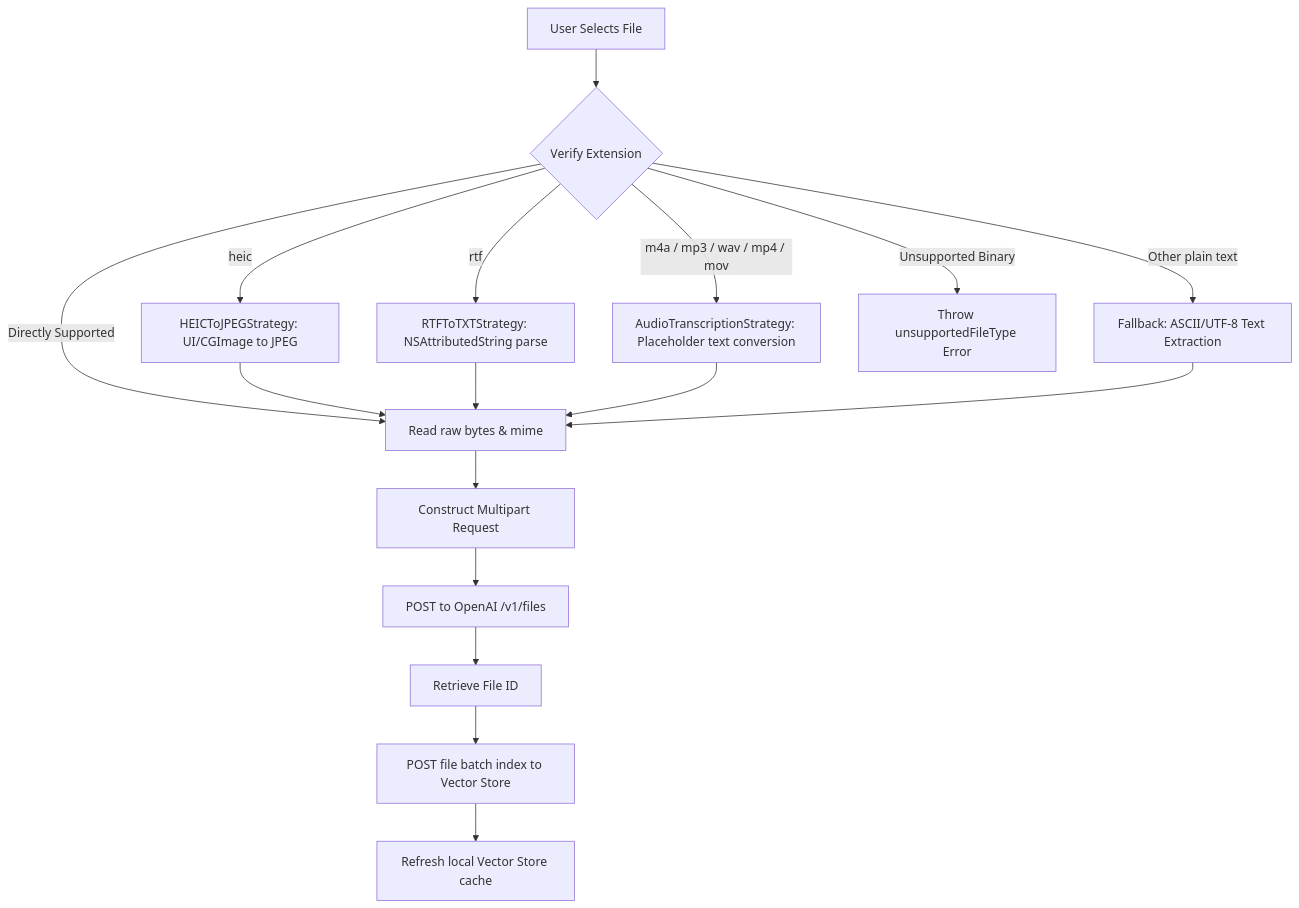
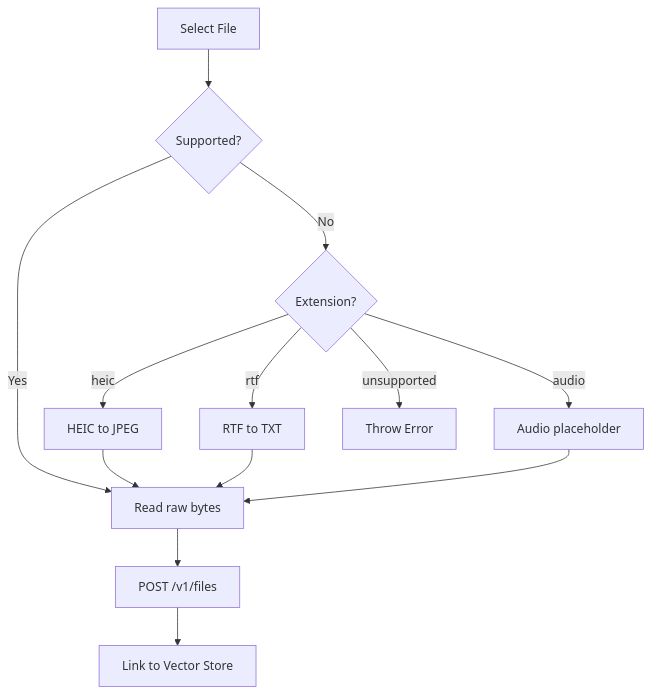
The third of 4 diagrams in README.md (Gunnarguy/OpenAssistant), drawn with Mermaid before and after one commit. The commit also changed other lines of this file and 3 other files, not shown here.

````diff
--- a/README.md
+++ b/README.md
@@ -160,22 +127,15 @@
 ```mermaid
 flowchart TD
-    A[User Selects File] --> B{Verify Extension}
-    
-    B -->|Directly Supported| C[Read raw bytes & mime]
-    B -->|heic| D[HEICToJPEGStrategy: UI/CGImage to JPEG]
-    B -->|rtf| E[RTFToTXTStrategy: NSAttributedString parse]
-    B -->|m4a / mp3 / wav / mp4 / mov| F[AudioTranscriptionStrategy: Placeholder text conversion]
-    B -->|Other plain text| G[Fallback: ASCII/UTF-8 Text Extraction]
-    B -->|Unsupported Binary| H[Throw unsupportedFileType Error]
-    
-    D --> C
+    A[Select File] --> B{Supported?}
+    B -->|Yes| C[Read raw bytes]
+    B -->|No| D{Extension?}
+    D -->|heic| E[HEIC to JPEG]
+    D -->|rtf| F[RTF to TXT]
+    D -->|audio| G[Audio placeholder]
+    D -->|unsupported| H[Throw Error]
     E --> C
     F --> C
     G --> C
-    
-    C --> I[Construct Multipart Request]
-    I --> J[POST to OpenAI /v1/files]
-    J --> K[Retrieve File ID]
-    K --> L[POST file batch index to Vector Store]
-    L --> M[Refresh local Vector Store cache]
+    C --> I[POST /v1/files]
+    I --> J[Link to Vector Store]
 ```
````
